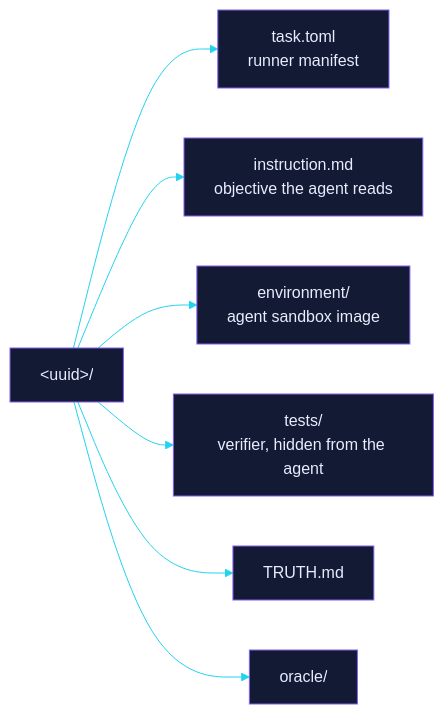
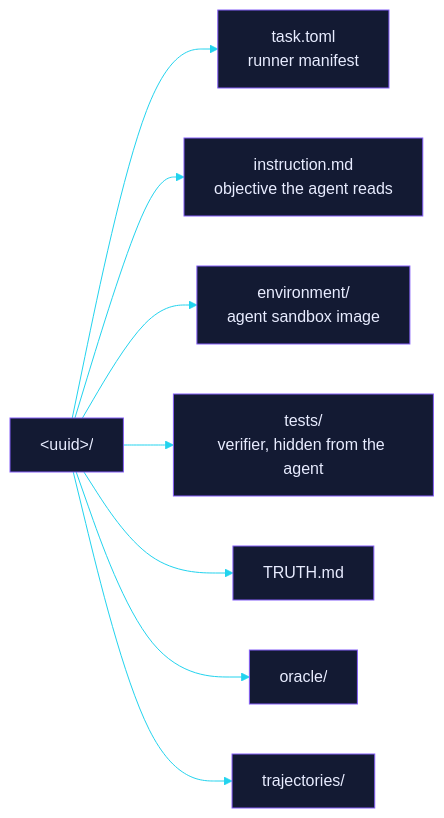
Before and after one commit to EtharaLabs/erza-samples: the first of 2 diagrams in README.md, drawn with Mermaid. The commit also changed other lines of this file, not shown here.

````diff
--- a/README.md
+++ b/README.md
@@ -128,11 +128,12 @@
 ```mermaid
 %%{init: {"theme":"base","themeVariables":{"primaryColor":"#131a33","primaryTextColor":"#e8ecff","primaryBorderColor":"#845EF7","lineColor":"#22d3ee","fontFamily":"monospace"}}}%%
 flowchart LR
     bundle["&lt;uuid&gt;/"]
     bundle --> n0["task.toml<br/>runner manifest"]
     bundle --> n1["instruction.md<br/>objective the agent reads"]
     bundle --> n2["environment/<br/>agent sandbox image"]
     bundle --> n3["tests/<br/>verifier, hidden from the agent"]
     bundle --> n4["TRUTH.md"]
     bundle --> n5["oracle/"]
+    bundle --> n6["trajectories/"]
 ```
````
